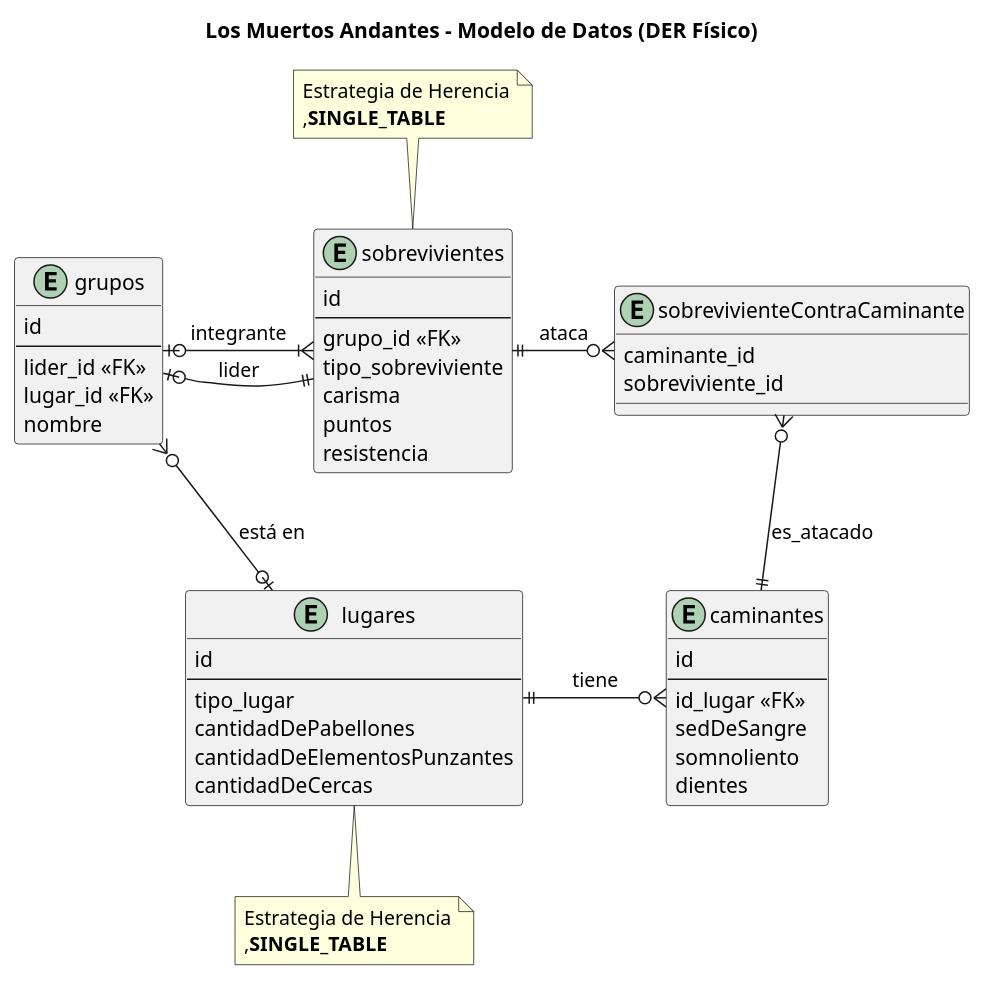
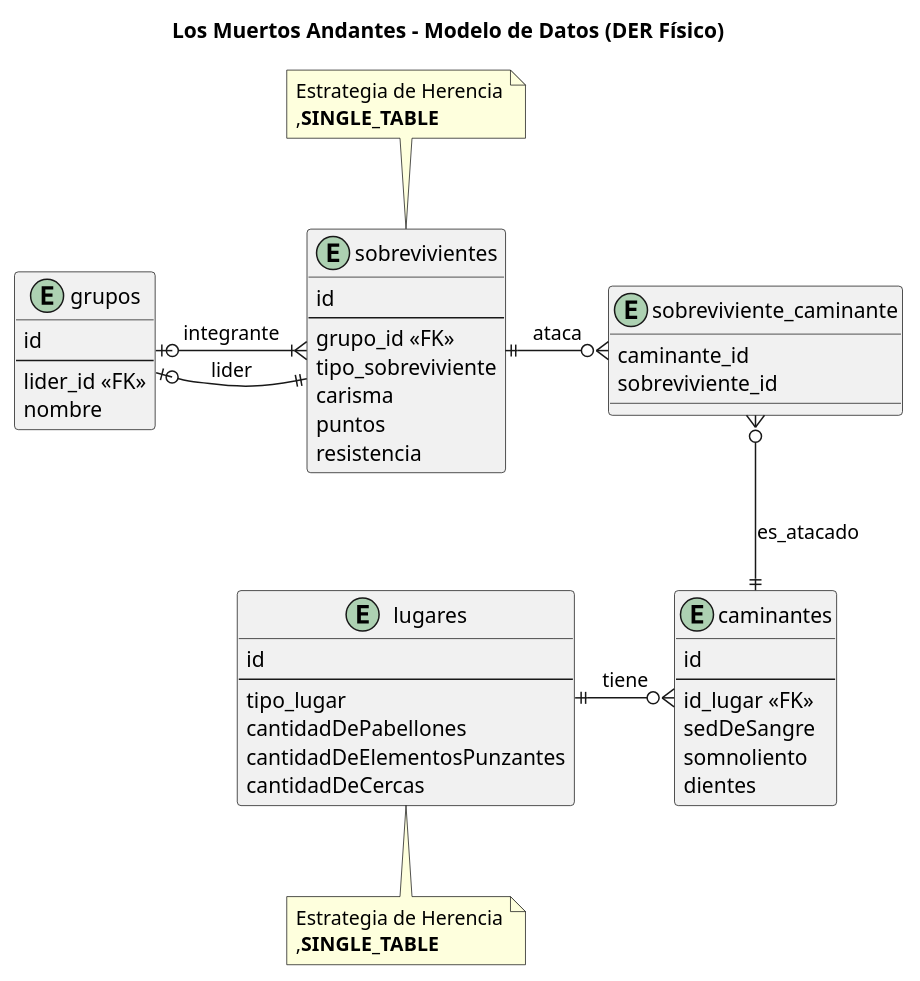
Before and after one commit to manu-utn/bitacora-diseno-de-sistemas: the first of 2 diagrams in parciales/segundo-parcial/los-muertos-andantes.org, drawn with PlantUML. The commit also changed other lines of this file and 4 other files, not shown here.

```diff
--- a/parciales/segundo-parcial/los-muertos-andantes.org
+++ b/parciales/segundo-parcial/los-muertos-andantes.org
@@ -145,67 +167,73 @@
     #+BEGIN_SRC plantuml :file img/parcial-muertos-andantes-1.png :exports results
       @startuml
       title Los Muertos Andantes - Modelo de Datos (DER Físico)
       entity sobrevivientes{
           id
           --
           grupo_id <<FK>>
           tipo_sobreviviente
           carisma
           puntos
           resistencia
       }
       
-      note top of sobrevivientes
-      Estrategia de Herencia
-      ,**SINGLE_TABLE**
-      end note
-      
       entity grupos{
           id
           --
           lider_id <<FK>>
-          lugar_id <<FK>>
           nombre
       }
       
       entity caminantes{
           id
           --
           id_lugar <<FK>>
           sedDeSangre
           somnoliento
           dientes
       }
       
-      entity sobrevivienteContraCaminante{
+      entity sobreviviente_caminante{
           caminante_id
           sobreviviente_id
       }
       
       entity lugares{
           id 
           --
           tipo_lugar
           cantidadDePabellones
           cantidadDeElementosPunzantes
           cantidadDeCercas
       }
       
+      
+      '------------------------------------------------------
+      ' Relaciones
+      '------------------------------------------------------
+      
+      grupos |o-right-|{ sobrevivientes : integrante
+      grupos |o-right-|| sobrevivientes : lider
+      
+      sobrevivientes   ||-right-o{ sobreviviente_caminante : ataca
+      caminantes        ||-up-o{ sobreviviente_caminante   : es_atacado
+      
+      lugares ||-right-o{ caminantes : tiene
+      
+      '------------------------------------------------------
+      ' Notas
+      '------------------------------------------------------
+      
       note bottom of lugares
       Estrategia de Herencia
       ,**SINGLE_TABLE**
       end note
       
       
-      grupos |o-right-|{ sobrevivientes : integrante
-      grupos |o-right-|| sobrevivientes : lider
-      
-      sobrevivientes   ||-right-o{ sobrevivienteContraCaminante : ataca
-      caminantes        ||-up-o{ sobrevivienteContraCaminante   : es_atacado
-      
-      lugares ||-right-o{ caminantes : tiene
-      
-      lugares |o-up-o{ grupos    : está en
+      note top of sobrevivientes
+      Estrategia de Herencia
+      ,**SINGLE_TABLE**
+      end note
       
       @enduml
     #+END_SRC
```
